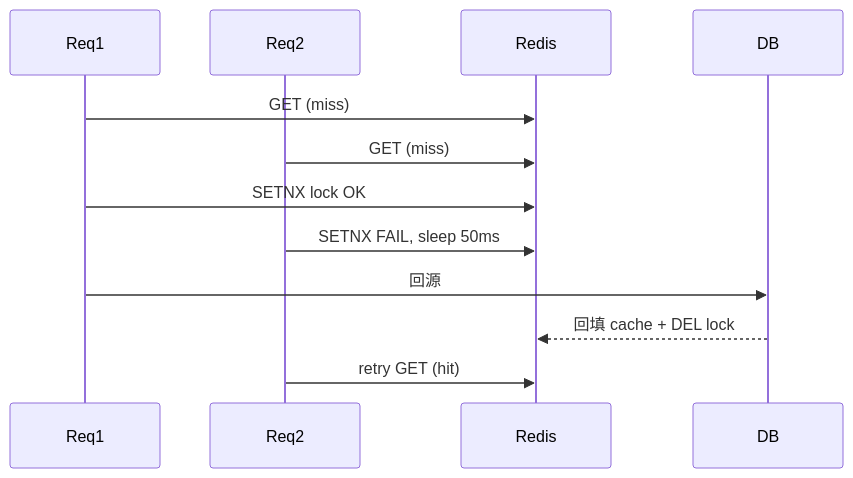
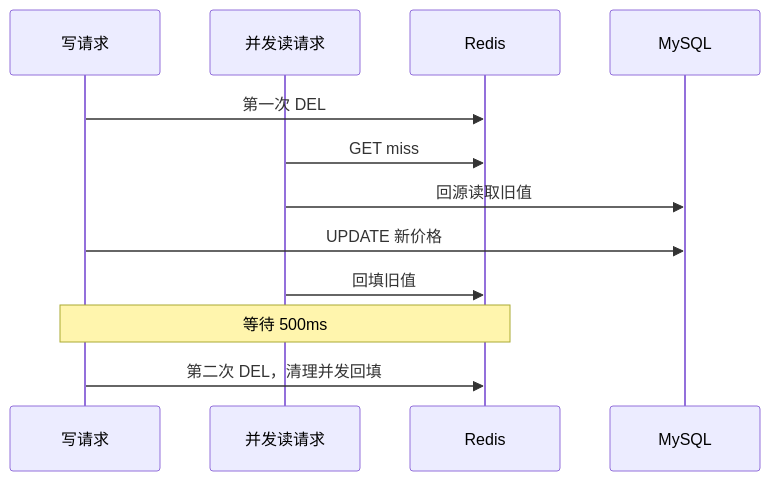
Before and after one commit to RedInn7/gomall: the fifth of 5 diagrams in docs/lecture/02-product-display.md, drawn with Mermaid. The commit also changed other lines of this file, not shown here.

````diff
--- a/docs/lecture/02-product-display.md
+++ b/docs/lecture/02-product-display.md
@@ -371,15 +442,15 @@
 ```mermaid
 sequenceDiagram
-    participant R1 as Req1
-    participant R2 as Req2
-    participant Redis as Redis
-    participant DB as DB
+    participant W as 写请求
+    participant R as 并发读请求
+    participant C as Redis
+    participant DB as MySQL
 
-    R1->>Redis: GET (miss)
-    R2->>Redis: GET (miss)
-    R1->>Redis: SETNX lock OK
-    R2->>Redis: SETNX FAIL, sleep 50ms
-    R1->>DB: 回源
-    DB-->>Redis: 回填 cache + DEL lock
-    R2->>Redis: retry GET (hit)
+    W->>C: 第一次 DEL
+    R->>C: GET miss
+    R->>DB: 回源读取旧值
+    W->>DB: UPDATE 新价格
+    R->>C: 回填旧值
+    Note over W,C: 等待 500ms
+    W->>C: 第二次 DEL，清理并发回填
 ```
````
